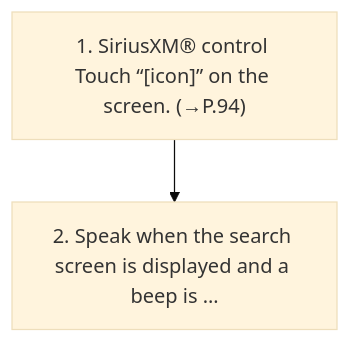
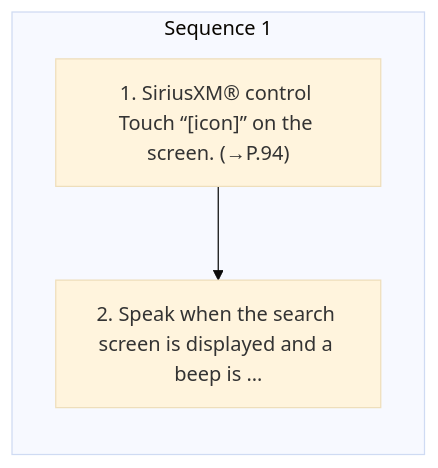
The diagram in workspace/subaru/outback-2026/ivi/published/audio/12-searching-for-a-current-content.md (Chieko-Y/my-spec-generator), drawn with Mermaid (base theme) before and after one commit. The commit also changed other lines of this file and 268 other files, not shown here.

````diff
--- a/workspace/subaru/outback-2026/ivi/published/audio/12-searching-for-a-current-content.md
+++ b/workspace/subaru/outback-2026/ivi/published/audio/12-searching-for-a-current-content.md
@@ -14,6 +14,9 @@
 ```mermaid
 flowchart TD
-    S1["1. SiriusXM® control Touch “[icon]” on the screen. (→P.94)"]
-    S2["2. Speak when the search screen is displayed and a beep is …"]
-    S1 --> S2
+    subgraph SEQ1["Sequence 1"]
+    direction TB
+    S1_1["1. SiriusXM® control Touch “[icon]” on the screen. (→P.94)"]
+    S1_2["2. Speak when the search screen is displayed and a beep is …"]
+    S1_1 --> S1_2
+    end
 ```
````
